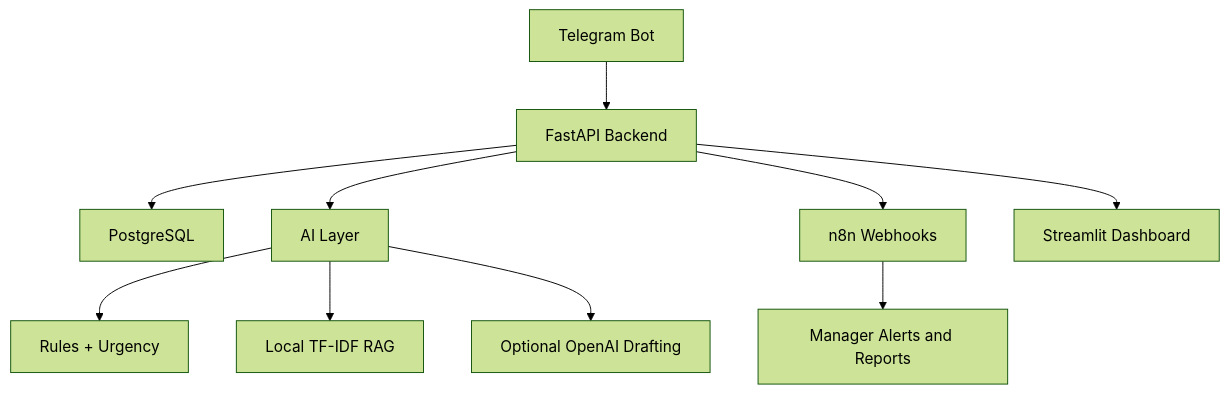
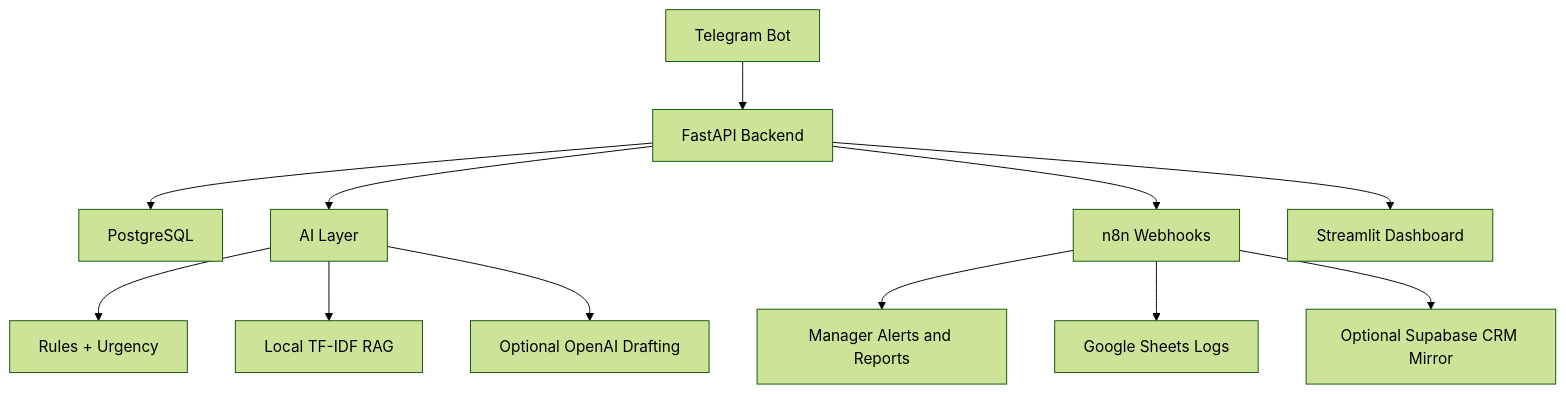
Before and after one commit to IlliaSator/E-commerce-Support-Automation: the diagram in docs/architecture.md, drawn with Mermaid (forest theme). The commit also changed other lines of this file and 16 other files, not shown here.

Commit message:
Expand n8n automation canvas and optional CRM integrations

````diff
--- a/docs/architecture.md
+++ b/docs/architecture.md
@@ -5,12 +5,14 @@
 ```mermaid
 flowchart TD
     Telegram["Telegram Bot"] --> Backend["FastAPI Backend"]
     Backend --> Postgres["PostgreSQL"]
     Backend --> AI["AI Layer"]
     AI --> Rules["Rules + Urgency"]
     AI --> RAG["Local TF-IDF RAG"]
     AI --> LLM["Optional OpenAI Drafting"]
     Backend --> N8N["n8n Webhooks"]
     N8N --> Alerts["Manager Alerts and Reports"]
+    N8N --> Sheets["Google Sheets Logs"]
+    N8N --> Supabase["Optional Supabase CRM Mirror"]
     Backend --> Dashboard["Streamlit Dashboard"]
 ```
````
